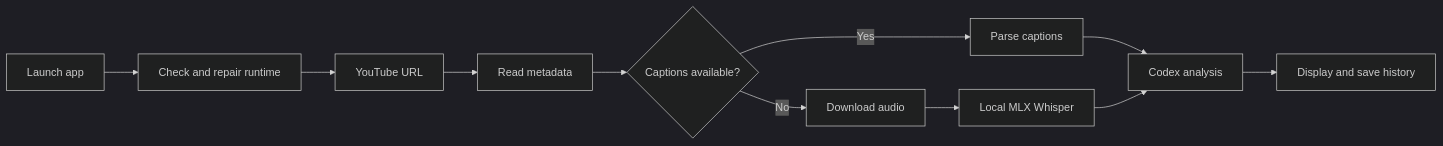
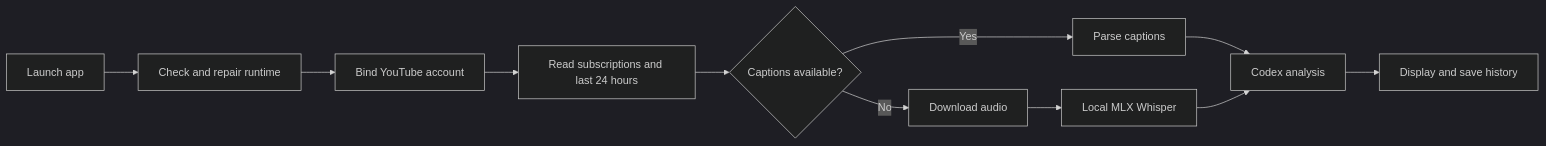
One commit to xuweiqiang/YouTubeInsight changed the diagram in README.en.md. Above: the diagram before and after it, drawn with Mermaid (dark theme). The commit also changed other lines of this file and 25 other files, not shown here.

Commit message:
Add YouTube subscription automation and v1.5.3 fixes

````diff
--- a/README.en.md
+++ b/README.en.md
@@ -26,13 +36,13 @@
 ```mermaid
 flowchart LR
     A[Launch app] --> B[Check and repair runtime]
-    B --> C[YouTube URL]
-    C --> D[Read metadata]
+    B --> C[Bind YouTube account]
+    C --> D[Read subscriptions and last 24 hours]
     D --> E{Captions available?}
     E -- Yes --> F[Parse captions]
     E -- No --> G[Download audio]
     G --> H[Local MLX Whisper]
     F --> I[Codex analysis]
     H --> I
     I --> J[Display and save history]
 ```
````
